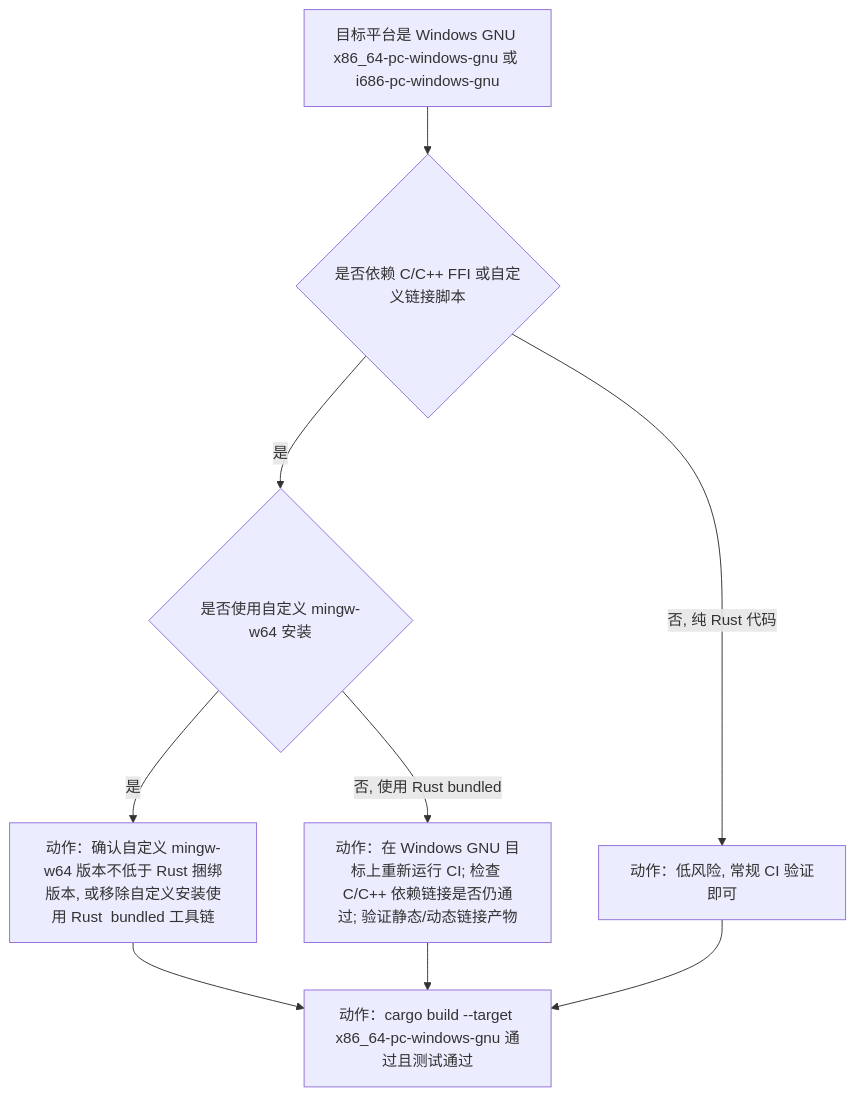
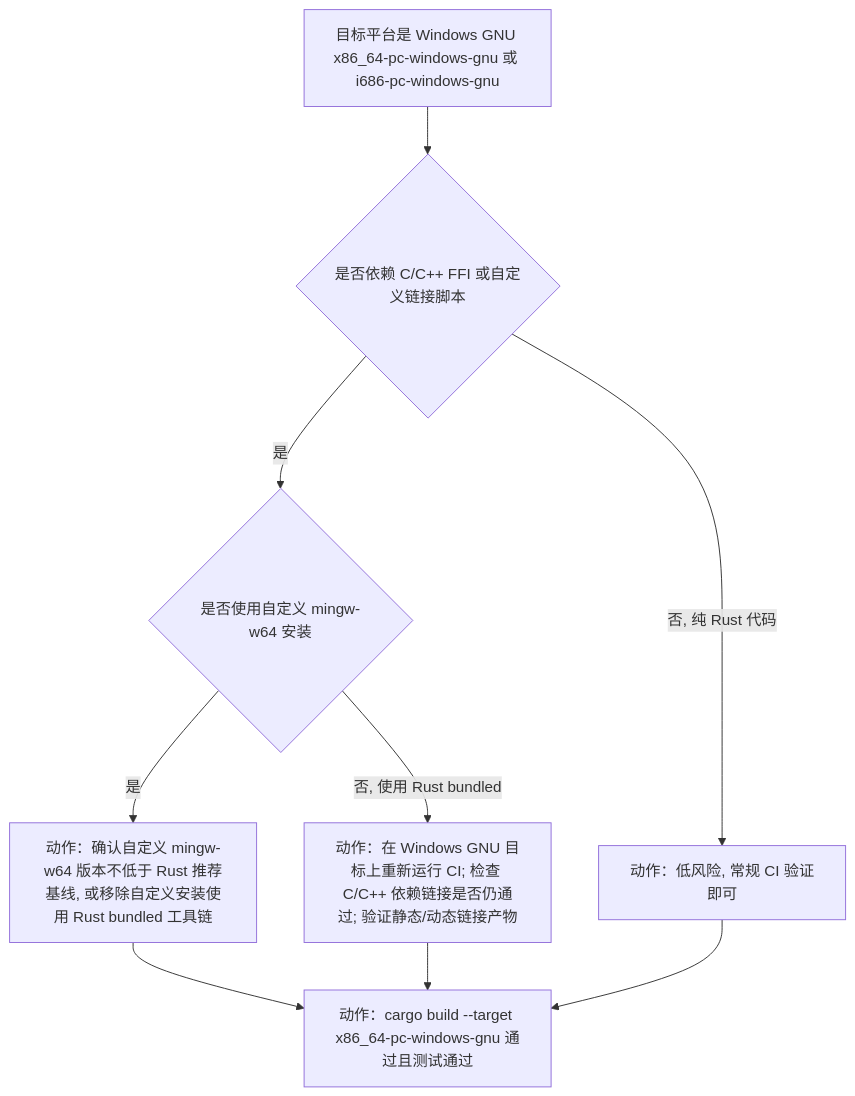
Before and after one commit to martin-ly/rust-lang: the third of 16 diagrams in concept/07_future/00_version_tracking/migration_198_decision_tree.md, drawn with Mermaid. The commit also changed other lines of this file and 37 other files, not shown here.

````diff
--- a/concept/07_future/00_version_tracking/migration_198_decision_tree.md
+++ b/concept/07_future/00_version_tracking/migration_198_decision_tree.md
@@ -153,11 +173,11 @@
 ```mermaid
 flowchart TD
     Q0["目标平台是 Windows GNU x86_64-pc-windows-gnu 或 i686-pc-windows-gnu"] --> Q1{"是否依赖 C/C++ FFI 或自定义链接脚本"}
     Q1 -->|否, 纯 Rust 代码| OK1["动作：低风险, 常规 CI 验证即可"]
     Q1 -->|是| Q2{"是否使用自定义 mingw-w64 安装"}
-    Q2 -->|是| A1["动作：确认自定义 mingw-w64 版本不低于 Rust 捆绑版本, 或移除自定义安装使用 Rust  bundled 工具链"]
-    Q2 -->|否, 使用 Rust  bundled| A2["动作：在 Windows GNU 目标上重新运行 CI; 检查 C/C++ 依赖链接是否仍通过; 验证静态/动态链接产物"]
+    Q2 -->|是| A1["动作：确认自定义 mingw-w64 版本不低于 Rust 推荐基线, 或移除自定义安装使用 Rust bundled 工具链"]
+    Q2 -->|否, 使用 Rust bundled| A2["动作：在 Windows GNU 目标上重新运行 CI; 检查 C/C++ 依赖链接是否仍通过; 验证静态/动态链接产物"]
     A1 --> V["动作：cargo build --target x86_64-pc-windows-gnu 通过且测试通过"]
     A2 --> V
     OK1 --> V
 ```
````
